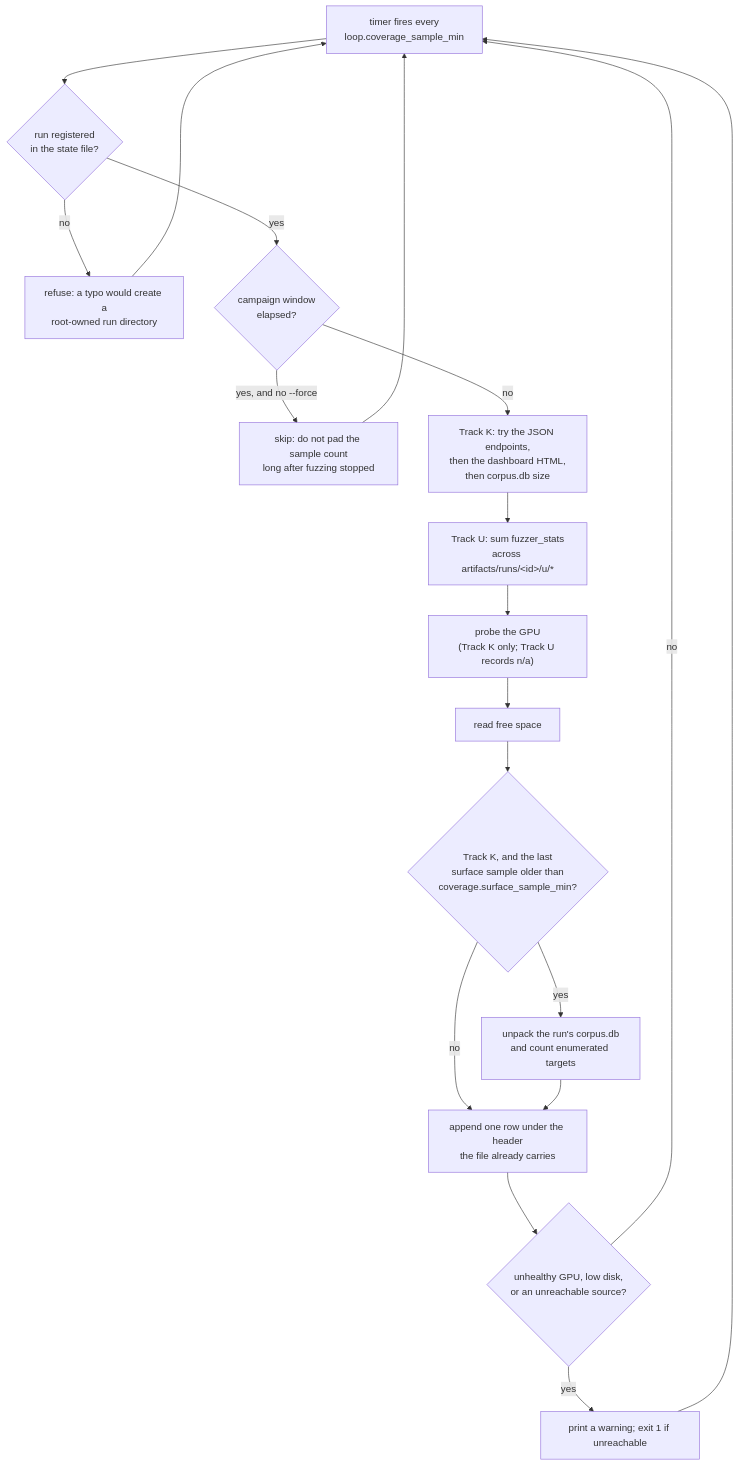
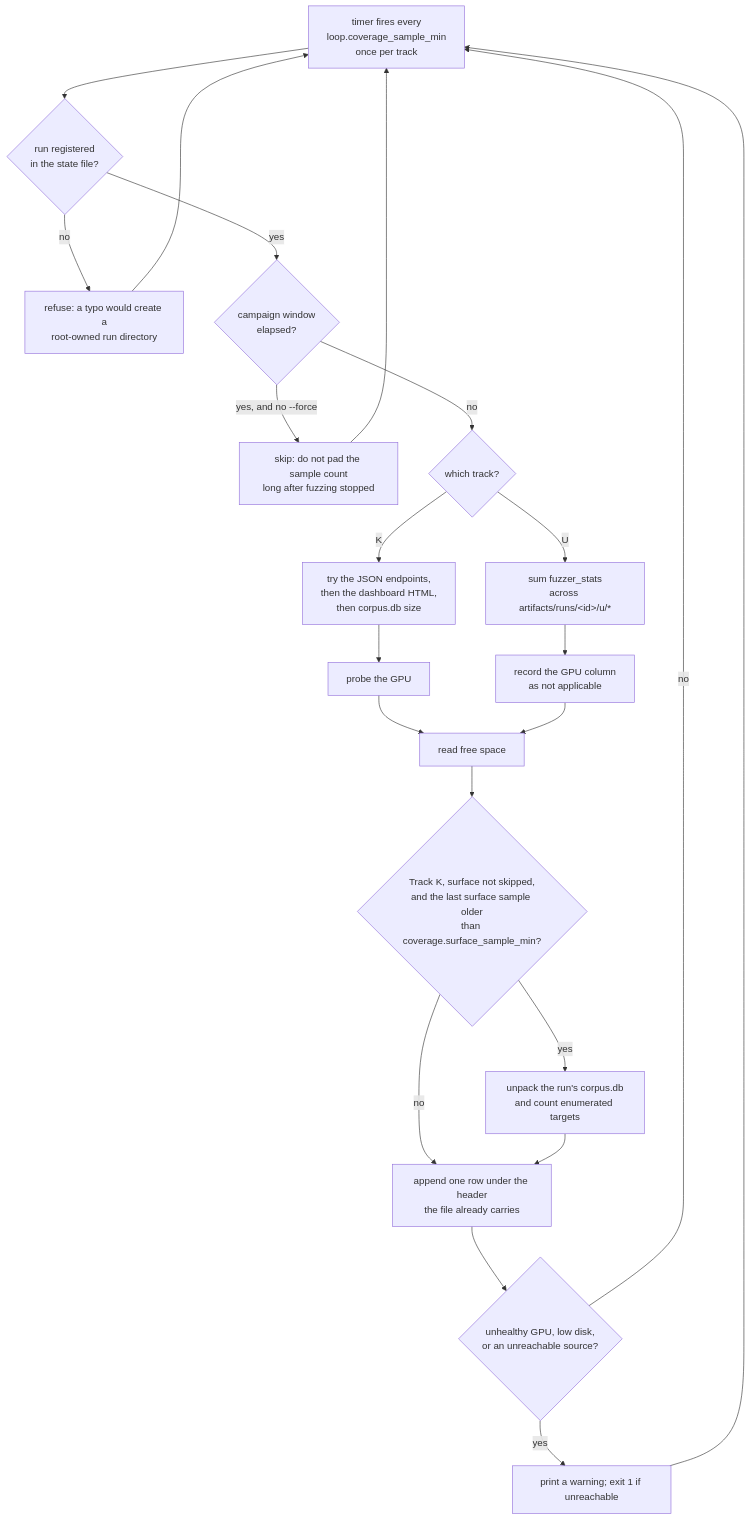
Before and after one commit to Indspl0it/gspwn: the fifth of 10 diagrams in docs/src/content/docs/architecture/loops.md, drawn with Mermaid. The commit also changed other lines of this file and 129 other files, not shown here.

````diff
--- a/docs/src/content/docs/architecture/loops.md
+++ b/docs/src/content/docs/architecture/loops.md
@@ -226,21 +228,24 @@
 ```mermaid
 flowchart TB
-  T["timer fires every<br/>loop.coverage_sample_min"] --> REG{"run registered<br/>in the state file?"}
+  T["timer fires every<br/>loop.coverage_sample_min<br/>once per track"] --> REG{"run registered<br/>in the state file?"}
   REG -->|no| REF["refuse: a typo would create a<br/>root-owned run directory"]
   REG -->|yes| FIN{"campaign window<br/>elapsed?"}
   FIN -->|"yes, and no --force"| SKIP["skip: do not pad the sample count<br/>long after fuzzing stopped"]
-  FIN -->|no| CK["Track K: try the JSON endpoints,<br/>then the dashboard HTML,<br/>then corpus.db size"]
-  CK --> CU["Track U: sum fuzzer_stats<br/>across artifacts/runs/&lt;id&gt;/u/*"]
-  CU --> GPU["probe the GPU<br/>(Track K only; Track U records n/a)"]
-  GPU --> DISK["read free space"]
-  DISK --> SD{"Track K, and the last<br/>surface sample older than<br/>coverage.surface_sample_min?"}
+  FIN -->|no| TRK{"which track?"}
+  TRK -->|K| CK["try the JSON endpoints,<br/>then the dashboard HTML,<br/>then corpus.db size"]
+  TRK -->|U| CU["sum fuzzer_stats<br/>across artifacts/runs/&lt;id&gt;/u/*"]
+  CK --> GK["probe the GPU"]
+  CU --> GU["record the GPU column<br/>as not applicable"]
+  GK --> DISK["read free space"]
+  GU --> DISK
+  DISK --> SD{"Track K, surface not skipped,<br/>and the last surface sample older<br/>than coverage.surface_sample_min?"}
   SD -->|yes| SURF["unpack the run's corpus.db<br/>and count enumerated targets"]
   SD -->|no| APP
   SURF --> APP["append one row under the header<br/>the file already carries"]
   APP --> WARN{"unhealthy GPU, low disk,<br/>or an unreachable source?"}
   WARN -->|yes| W["print a warning; exit 1 if unreachable"]
   WARN -->|no| T
   W --> T
   SKIP --> T
   REF --> T
 ```
````
